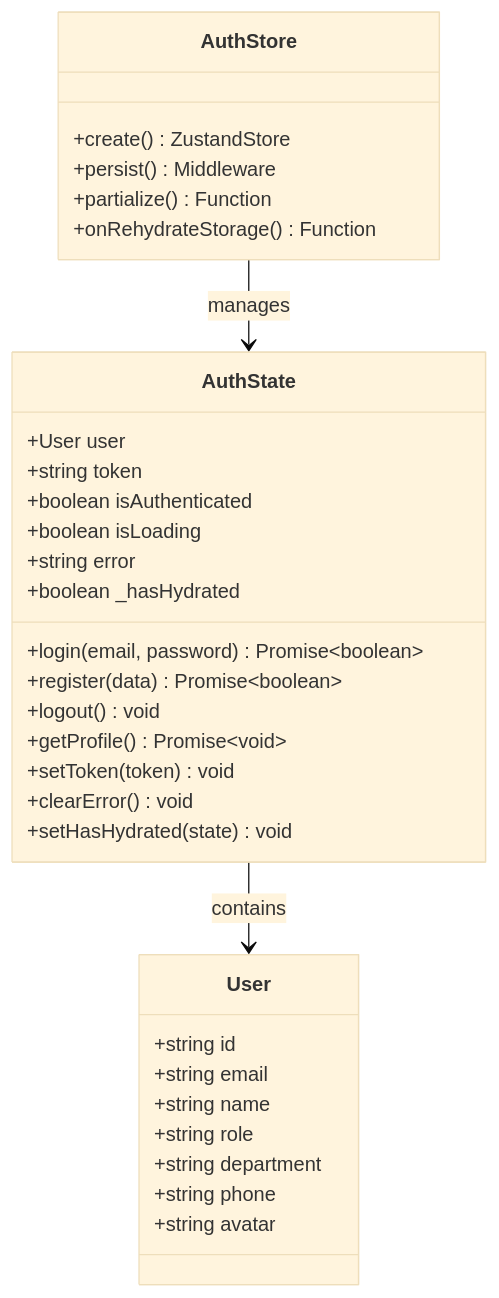
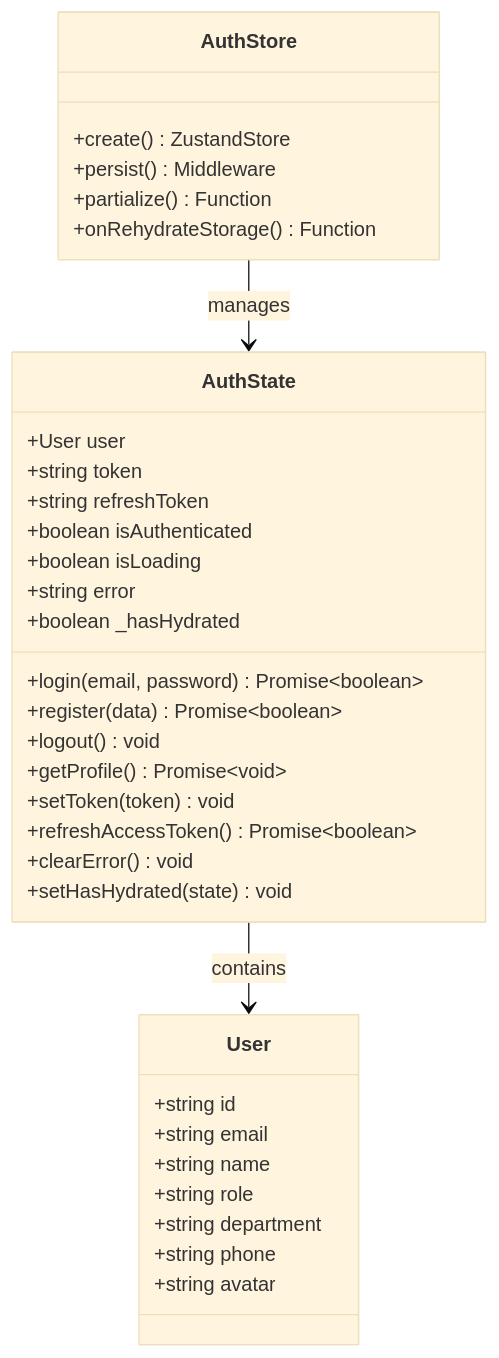
One commit to xianjianshenqu/SalesFlow-CRM changed the third of 7 diagrams in .qoder/repowiki/zh/content/AuthStore.md. Above: the diagram before and after it, drawn with Mermaid (base theme). The commit also changed other lines of this file and 5 other files, not shown here.

````diff
--- a/.qoder/repowiki/zh/content/AuthStore.md
+++ b/.qoder/repowiki/zh/content/AuthStore.md
@@ -137,35 +153,37 @@
 ```mermaid
 classDiagram
 class AuthState {
 +User user
 +string token
++string refreshToken
 +boolean isAuthenticated
 +boolean isLoading
 +string error
 +boolean _hasHydrated
 +login(email, password) Promise~boolean~
 +register(data) Promise~boolean~
 +logout() void
 +getProfile() Promise~void~
 +setToken(token) void
++refreshAccessToken() Promise~boolean~
 +clearError() void
 +setHasHydrated(state) void
 }
 class User {
 +string id
 +string email
 +string name
 +string role
 +string department
 +string phone
 +string avatar
 }
 class AuthStore {
 +create() ZustandStore
 +persist() Middleware
 +partialize() Function
 +onRehydrateStorage() Function
 }
 AuthState --> User : contains
 AuthStore --> AuthState : manages
 ```
````
